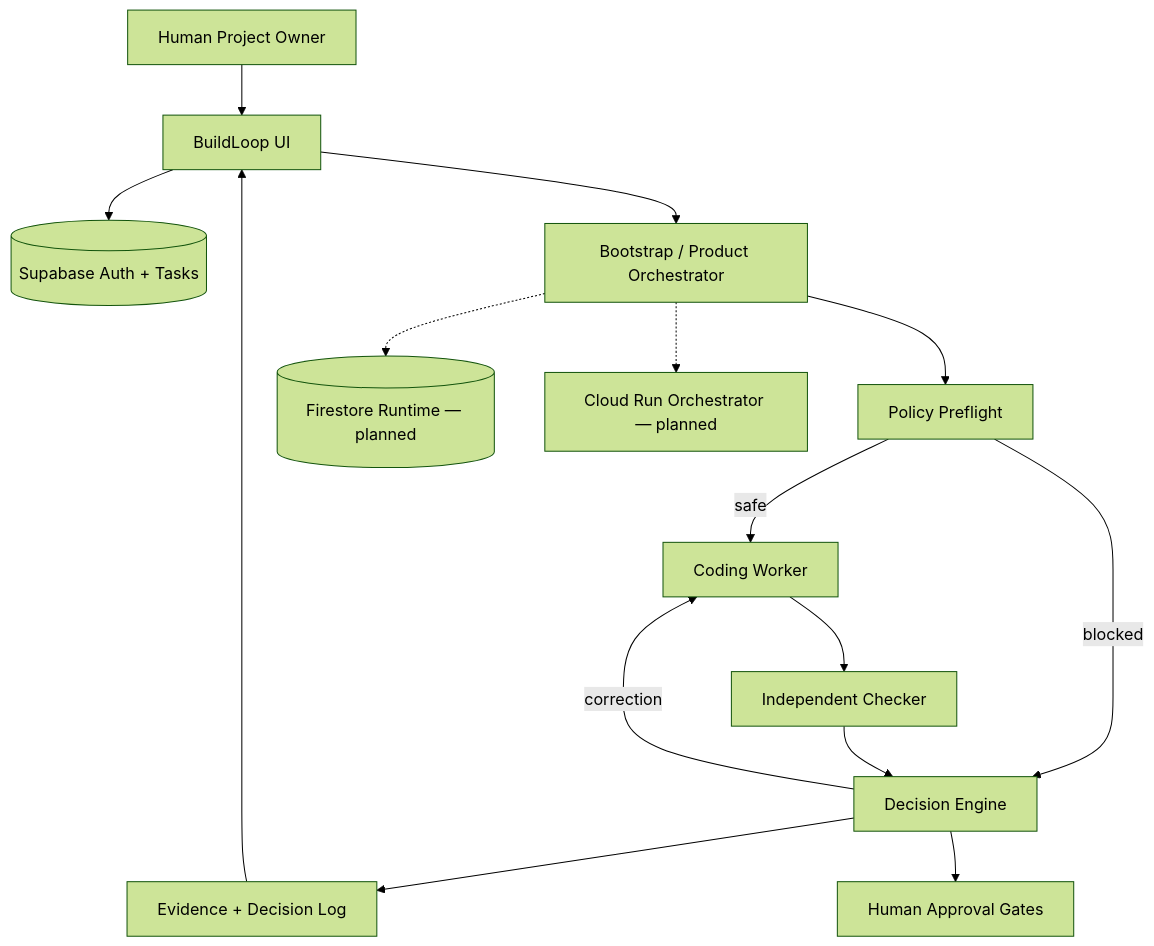
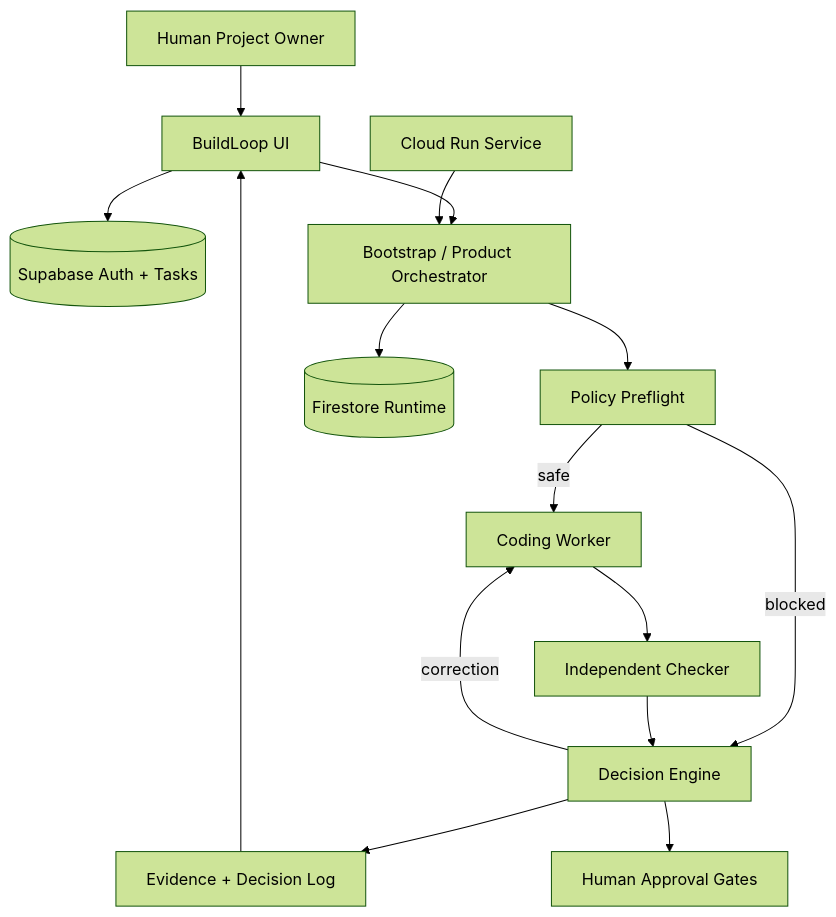
The diagram in docs/architecture.md (akbartantu/buildloop-hackathon-2026), drawn with Mermaid (forest theme) before and after one commit. The commit also changed other lines of this file and 1 other file, not shown here.

Commit message:
docs: reconcile architecture and testing guidance

````diff
--- a/docs/architecture.md
+++ b/docs/architecture.md
@@ -3,30 +3,30 @@
 ```mermaid
 flowchart TB
   User[Human Project Owner]
   UI[BuildLoop UI]
   Supabase[(Supabase Auth + Tasks)]
   Bootstrap[Bootstrap / Product Orchestrator]
   Preflight[Policy Preflight]
   Worker[Coding Worker]
   Checker[Independent Checker]
   Decision[Decision Engine]
   Evidence[Evidence + Decision Log]
   Approval[Human Approval Gates]
-  Firestore[(Firestore Runtime — planned)]
-  CloudRun[Cloud Run Orchestrator — planned]
+  Firestore[(Firestore Runtime)]
+  CloudRun[Cloud Run Service]
 
   User --> UI
   UI --> Supabase
   UI --> Bootstrap
   Bootstrap --> Preflight
   Preflight -->|safe| Worker
   Preflight -->|blocked| Decision
   Worker --> Checker
   Checker --> Decision
   Decision -->|correction| Worker
   Decision --> Evidence
   Decision --> Approval
   Evidence --> UI
-  Bootstrap -.-> Firestore
-  Bootstrap -.-> CloudRun
+  Bootstrap --> Firestore
+  CloudRun --> Bootstrap
 ```
````
